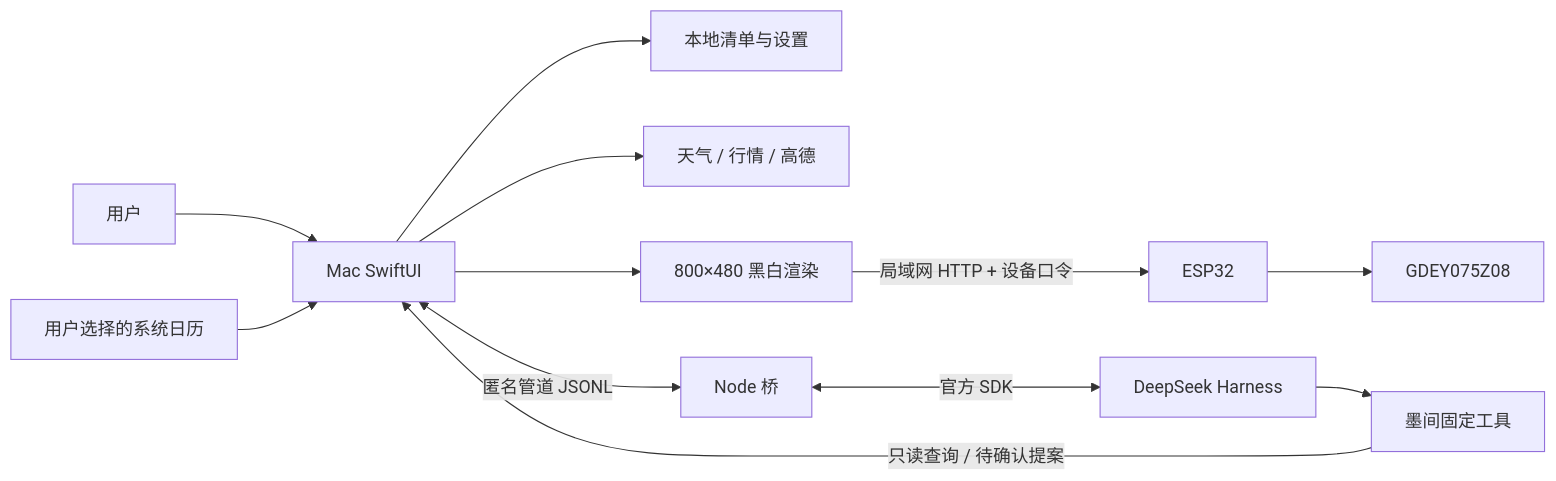
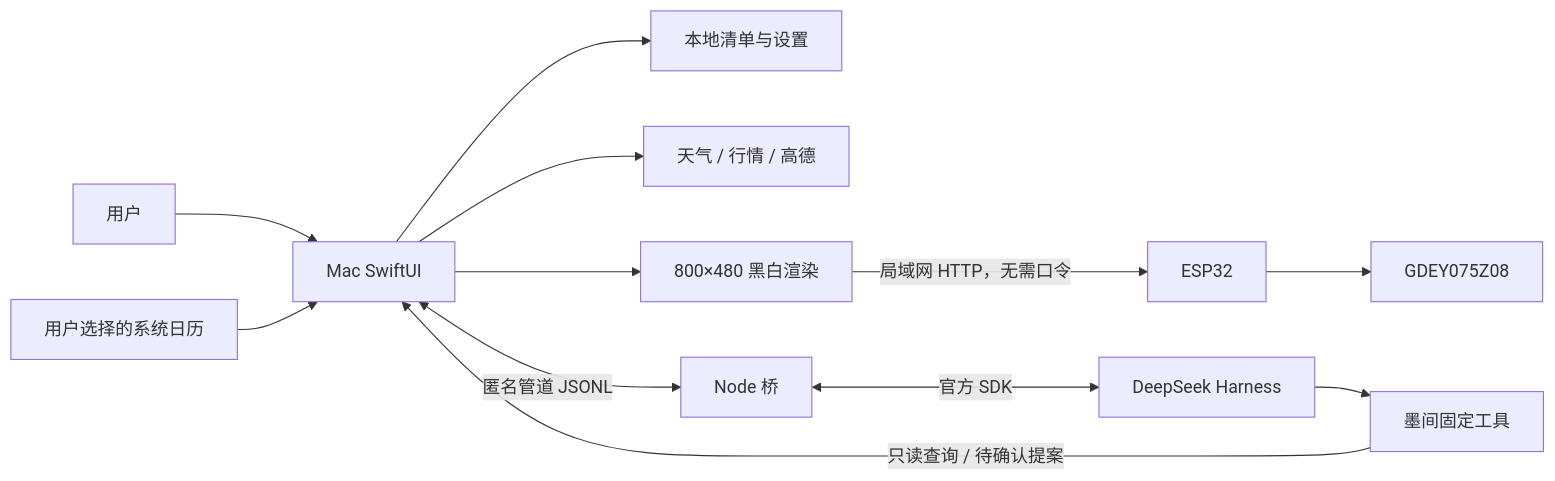
Before and after one commit to xiaoxiaotao/mojian: the diagram in docs/ARCHITECTURE.md, drawn with Mermaid. The commit also changed other lines of this file and 102 other files, not shown here.

````diff
--- a/docs/ARCHITECTURE.md
+++ b/docs/ARCHITECTURE.md
@@ -5,14 +5,14 @@
 ```mermaid
 flowchart LR
     U[用户] --> M[Mac SwiftUI]
     M --> L[本地清单与设置]
     M --> W[天气 / 行情 / 高德]
     C[用户选择的系统日历] --> M
     M --> R[800×480 黑白渲染]
-    R -->|局域网 HTTP + 设备口令| E[ESP32]
+    R -->|局域网 HTTP，无需口令| E[ESP32]
     E --> D[GDEY075Z08]
     M <-->|匿名管道 JSONL| N[Node 桥]
     N <-->|官方 SDK| H[DeepSeek Harness]
     H --> T[墨间固定工具]
     T -->|只读查询 / 待确认提案| M
 ```
````
